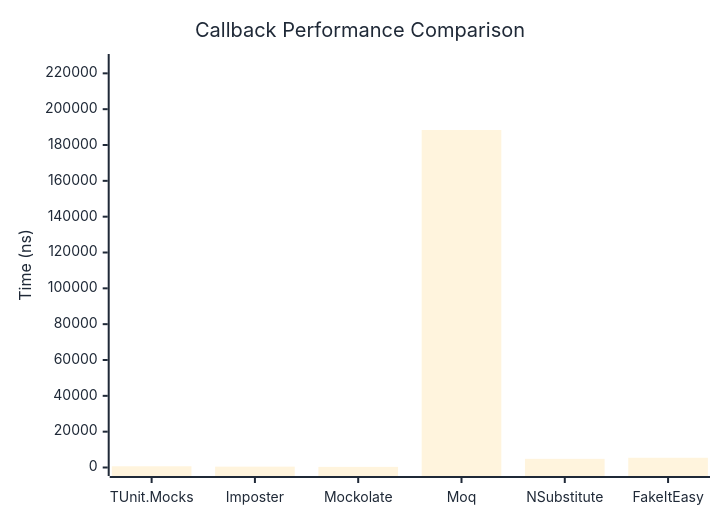
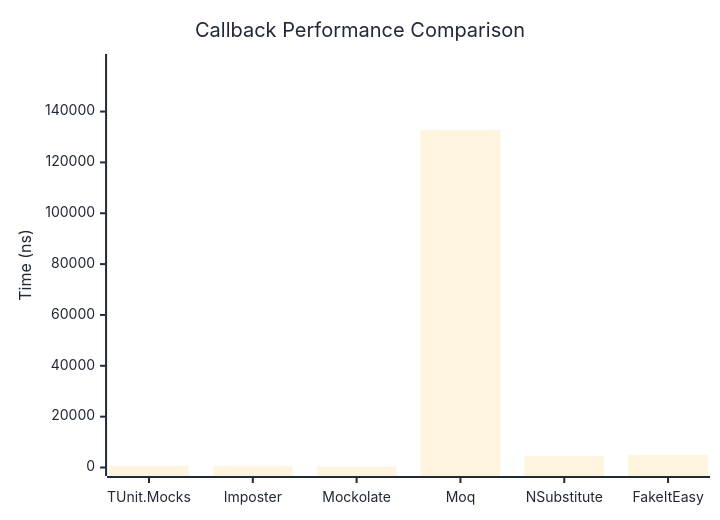
The first of 2 diagrams in docs/docs/benchmarks/mocks/Callback.md (thomhurst/TUnit), drawn with Mermaid before and after one commit. The commit also changed other lines of this file and 14 other files, not shown here.

````diff
--- a/docs/docs/benchmarks/mocks/Callback.md
+++ b/docs/docs/benchmarks/mocks/Callback.md
@@ -30,27 +30,27 @@
 ```mermaid
 %%{init: {
   'theme':'base',
   'themeVariables': {
     'primaryColor': '#2563eb',
     'primaryTextColor': '#1f2937',
     'primaryBorderColor': '#1e40af',
     'lineColor': '#6b7280',
     'secondaryColor': '#7c3aed',
     'tertiaryColor': '#dc2626',
     'background': '#ffffff',
     'pie1': '#2563eb',
     'pie2': '#7c3aed',
     'pie3': '#dc2626',
     'pie4': '#f59e0b',
     'pie5': '#10b981',
     'pie6': '#06b6d4',
     'pie7': '#ec4899',
     'pie8': '#6366f1'
   }
 }}%%
 xychart-beta
   title "Callback Performance Comparison"
   x-axis ["TUnit.Mocks", "Imposter", "Mockolate", "Moq", "NSubstitute", "FakeItEasy"]
-  y-axis "Time (ns)" 0 --> 226053
-  bar [682.1, 470, 348.5, 188377.4, 4835.1, 5437.4]
+  y-axis "Time (ns)" 0 --> 159294
+  bar [712, 490.5, 352.6, 132744.2, 4530, 4881.3]
 ```
````
